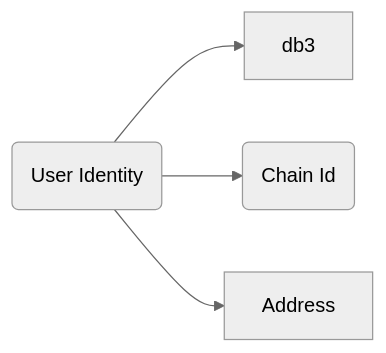
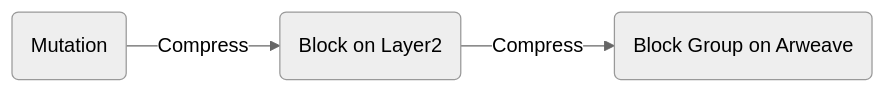
One commit to dbpunk-labs/DIPs changed the third of 3 diagrams in dips/dip-000.md. Above: the diagram before and after it, drawn with Mermaid (neutral theme). The commit also changed other lines of this file and 1 other file, not shown here.

````diff
--- a/dips/dip-000.md
+++ b/dips/dip-000.md
@@ -39,6 +51,5 @@
 ```mermaid
 flowchart LR
-    uid(User Identity) --> db3
-    uid --> ci(Chain Id)
-    uid --> Address
+    m(Mutation) -->|Compress| B(Block on Layer2)
+    B --> |Compress|BG(Block Group on Arweave)
 ```
````
